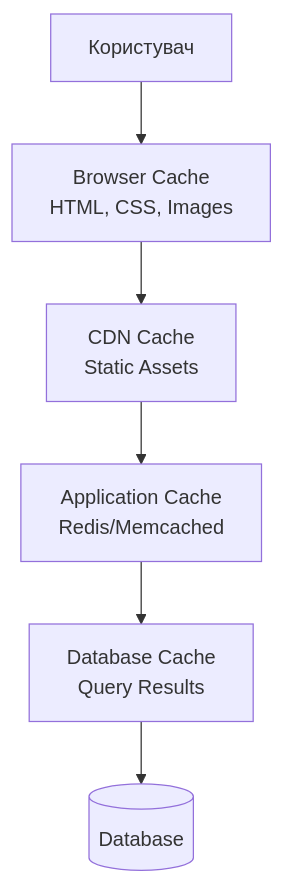
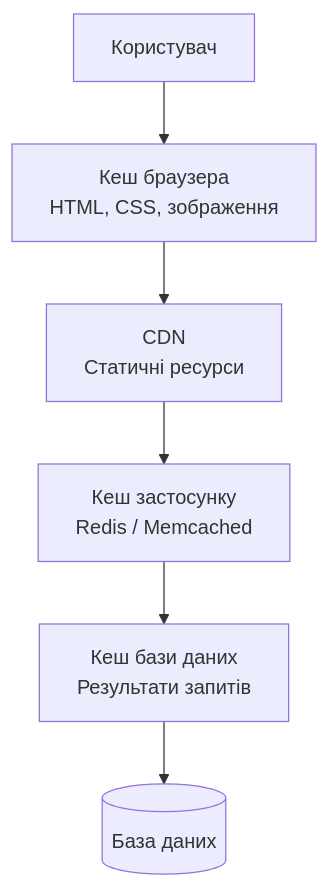
Before and after one commit to olroi421/course-opi-v2: the third of 6 diagrams in presentations/presentation-16.md, drawn with Mermaid. The commit also changed other lines of this file and 9 other files, not shown here.

````diff
--- a/presentations/presentation-16.md
+++ b/presentations/presentation-16.md
@@ -306,8 +380,8 @@
 ```mermaid
 graph TB
-    A[Користувач] --> B[Browser Cache<br/>HTML, CSS, Images]
-    B --> C[CDN Cache<br/>Static Assets]
-    C --> D[Application Cache<br/>Redis/Memcached]
-    D --> E[Database Cache<br/>Query Results]
-    E --> F[(Database)]
+    A[Користувач] --> B[Кеш браузера<br/>HTML, CSS, зображення]
+    B --> C[CDN<br/>Статичні ресурси]
+    C --> D[Кеш застосунку<br/>Redis / Memcached]
+    D --> E[Кеш бази даних<br/>Результати запитів]
+    E --> F[(База даних)]
 ```
````
